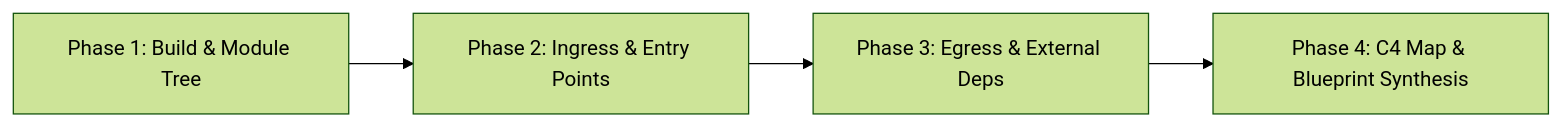
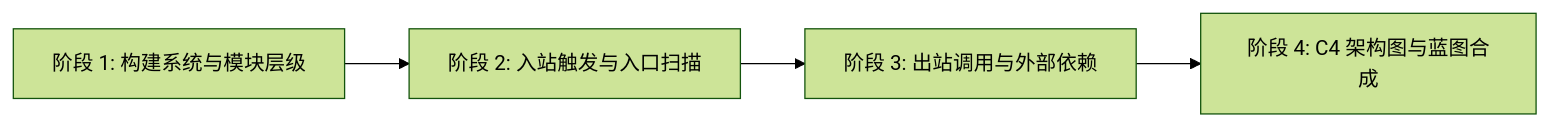
One commit to hexianghong/ai-standards changed the diagram in stack-templates/skills/macro-architecture-cartographer/SKILL.md. Above: the diagram before and after it, drawn with Mermaid (forest theme). The commit also changed other lines of this file and 28 other files, not shown here.

````diff
--- a/stack-templates/skills/macro-architecture-cartographer/SKILL.md
+++ b/stack-templates/skills/macro-architecture-cartographer/SKILL.md
@@ -23,6 +23,6 @@
 ```mermaid
 flowchart LR
-    A[Phase 1: Build & Module Tree] --> B[Phase 2: Ingress & Entry Points]
-    B --> C[Phase 3: Egress & External Deps]
-    C --> D[Phase 4: C4 Map & Blueprint Synthesis]
+    A["阶段 1: 构建系统与模块层级"] --> B["阶段 2: 入站触发与入口扫描"]
+    B --> C["阶段 3: 出站调用与外部依赖"]
+    C --> D["阶段 4: C4 架构图与蓝图合成"]
 ```
````
